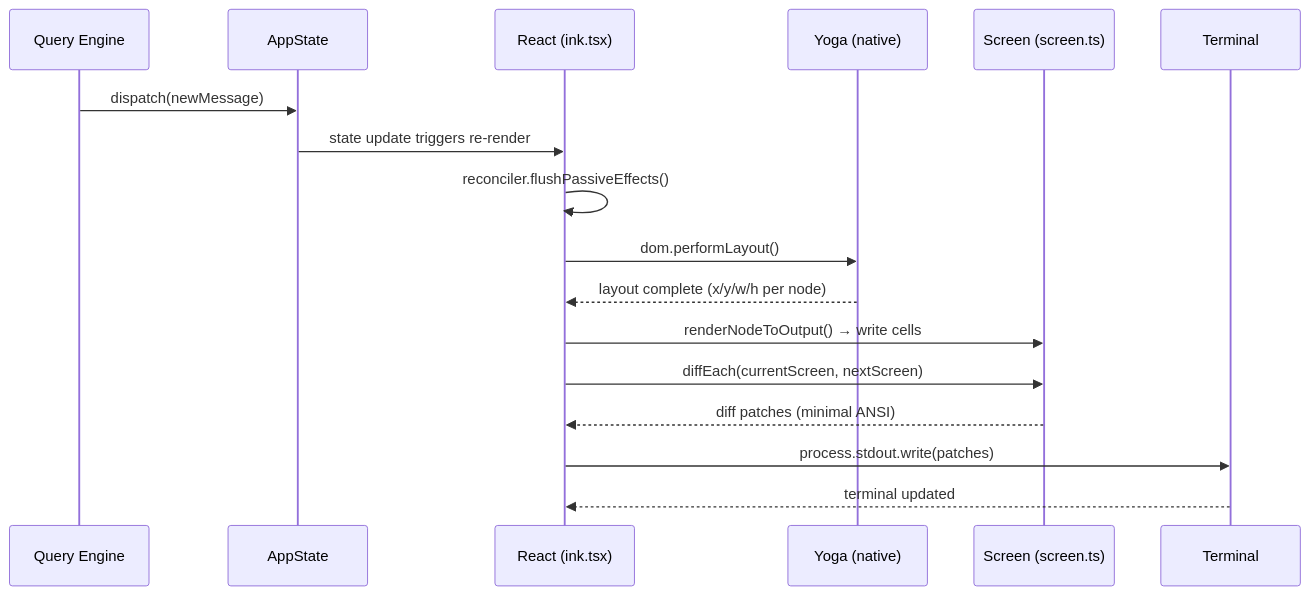
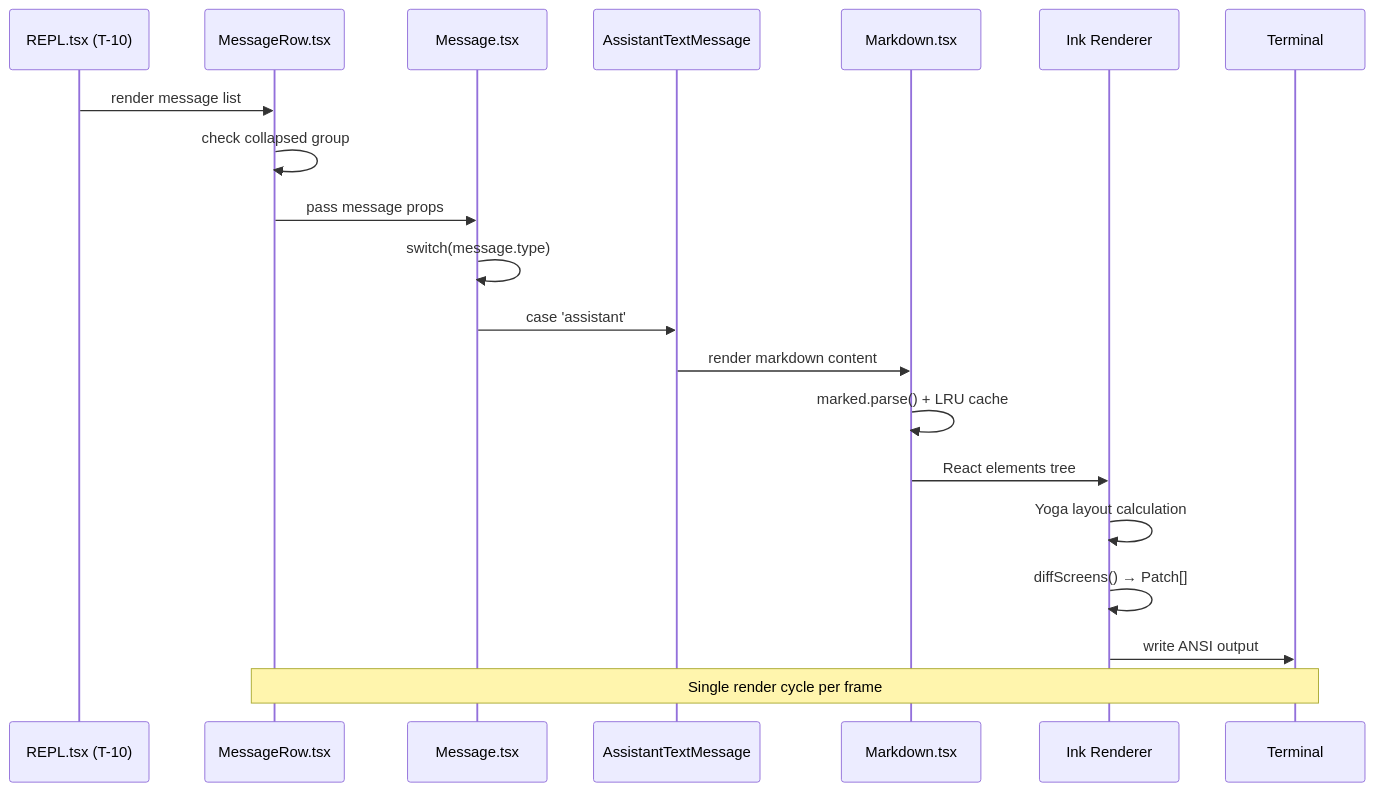
One commit to LiuYuuChen/clawcode_analysis changed the fourth of 4 diagrams in branches/main/task-analyses/T-11-tui-components.md. Above: the diagram before and after it, drawn with Mermaid. The commit also changed other lines of this file and 137 other files, not shown here.

````diff
--- a/branches/main/task-analyses/T-11-tui-components.md
+++ b/branches/main/task-analyses/T-11-tui-components.md
@@ -581,20 +703,23 @@
 ```mermaid
 sequenceDiagram
-    participant QE as Query Engine
-    participant AS as AppState
-    participant R as React (ink.tsx)
-    participant Y as Yoga (native)
-    participant S as Screen (screen.ts)
-    participant T as Terminal
+    participant REPL as REPL.tsx (T-10)
+    participant MR as MessageRow.tsx
+    participant M as Message.tsx
+    participant ATM as AssistantTextMessage
+    participant MD as Markdown.tsx
+    participant Ink as Ink Renderer
+    participant Term as Terminal
 
-    QE->>AS: dispatch(newMessage)
-    AS->>R: state update triggers re-render
-    R->>R: reconciler.flushPassiveEffects()
-    R->>Y: dom.performLayout()
-    Y-->>R: layout complete (x/y/w/h per node)
-    R->>S: renderNodeToOutput() → write cells
-    R->>S: diffEach(currentScreen, nextScreen)
-    S-->>R: diff patches (minimal ANSI)
-    R->>T: process.stdout.write(patches)
-    T-->>R: terminal updated
+    REPL->>MR: render message list
+    MR->>MR: check collapsed group
+    MR->>M: pass message props
+    M->>M: switch(message.type)
+    M->>ATM: case 'assistant'
+    ATM->>MD: render markdown content
+    MD->>MD: marked.parse() + LRU cache
+    MD->>Ink: React elements tree
+    Ink->>Ink: Yoga layout calculation
+    Ink->>Ink: diffScreens() → Patch[]
+    Ink->>Term: write ANSI output
+    Note over MR,Term: Single render cycle per frame
 ```
````
